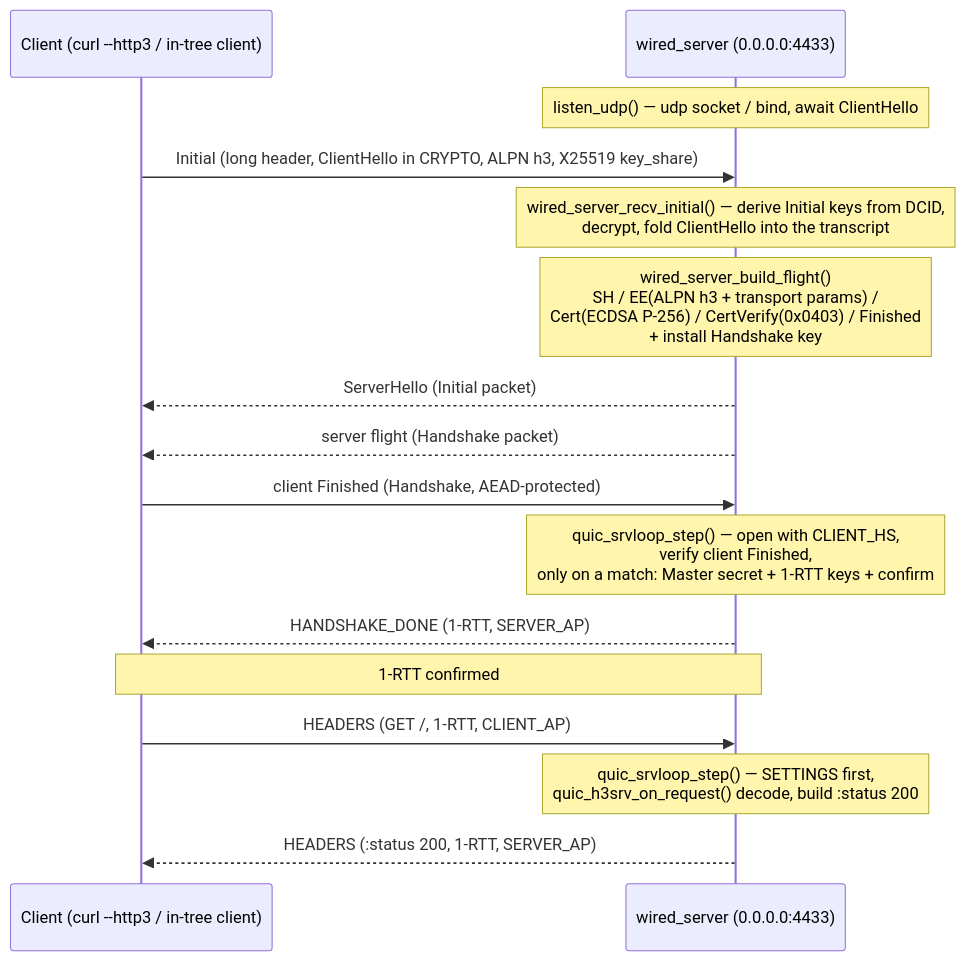
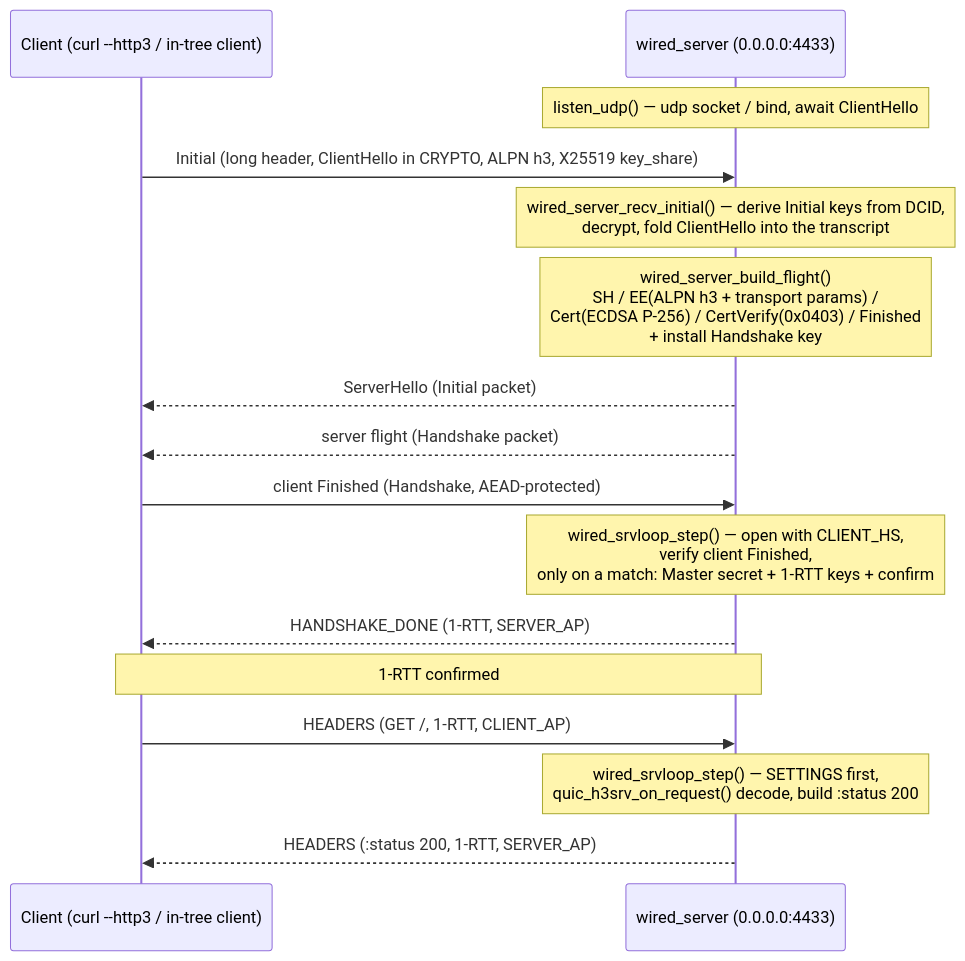
One commit to Hakkadaikon/wired changed the diagram in examples/word_list/README.md. Above: the diagram before and after it, drawn with Mermaid. The commit also changed other lines of this file and 18 other files, not shown here.

First line of the commit message:
refactor(srvloop): rename public API to wired_ prefix

````diff
--- a/examples/word_list/README.md
+++ b/examples/word_list/README.md
@@ -53,19 +53,19 @@
 ```mermaid
 sequenceDiagram
     participant C as Client (curl --http3 / in-tree client)
     participant S as wired_server (0.0.0.0:4433)
 
     Note over S: listen_udp() — udp socket / bind, await ClientHello
     C->>S: Initial (long header, ClientHello in CRYPTO, ALPN h3, X25519 key_share)
     Note over S: wired_server_recv_initial() — derive Initial keys from DCID,<br/>decrypt, fold ClientHello into the transcript
     Note over S: wired_server_build_flight()<br/>SH / EE(ALPN h3 + transport params) /<br/>Cert(ECDSA P-256) / CertVerify(0x0403) / Finished<br/>+ install Handshake key
     S-->>C: ServerHello (Initial packet)
     S-->>C: server flight (Handshake packet)
     C->>S: client Finished (Handshake, AEAD-protected)
-    Note over S: quic_srvloop_step() — open with CLIENT_HS,<br/>verify client Finished,<br/>only on a match: Master secret + 1-RTT keys + confirm
+    Note over S: wired_srvloop_step() — open with CLIENT_HS,<br/>verify client Finished,<br/>only on a match: Master secret + 1-RTT keys + confirm
     S-->>C: HANDSHAKE_DONE (1-RTT, SERVER_AP)
     Note over S,C: 1-RTT confirmed
     C->>S: HEADERS (GET /, 1-RTT, CLIENT_AP)
-    Note over S: quic_srvloop_step() — SETTINGS first,<br/>quic_h3srv_on_request() decode, build :status 200
+    Note over S: wired_srvloop_step() — SETTINGS first,<br/>quic_h3srv_on_request() decode, build :status 200
     S-->>C: HEADERS (:status 200, 1-RTT, SERVER_AP)
 ```
````
